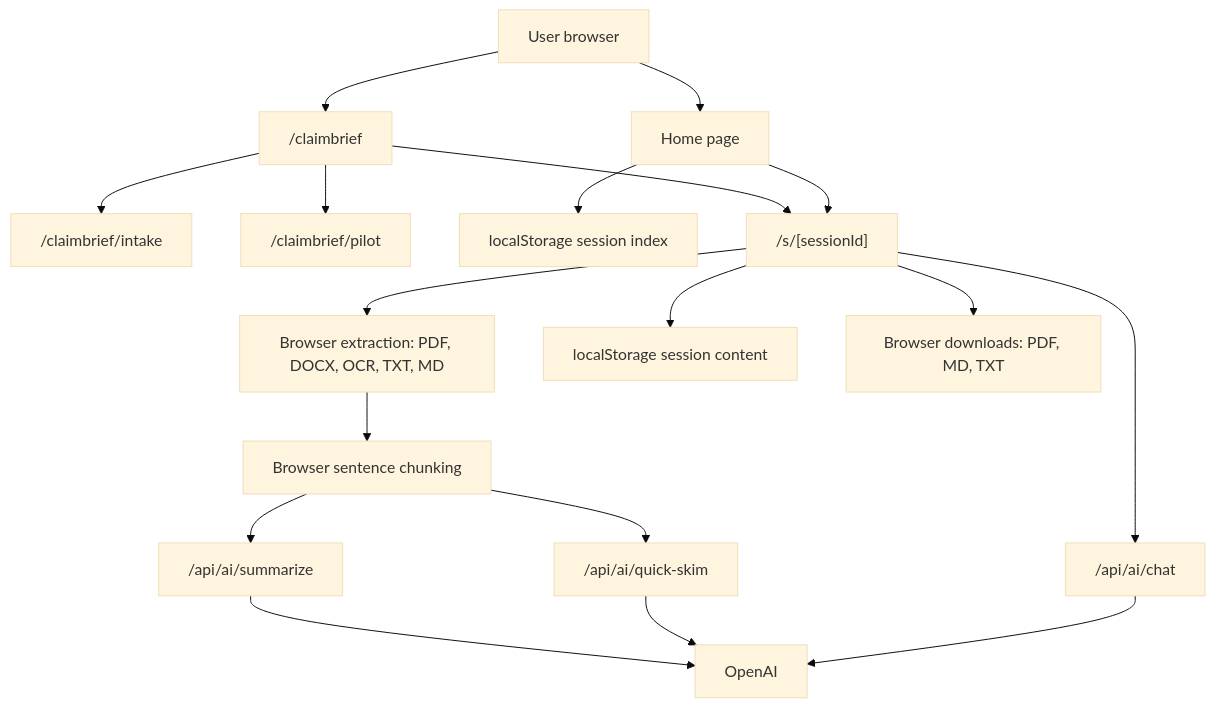
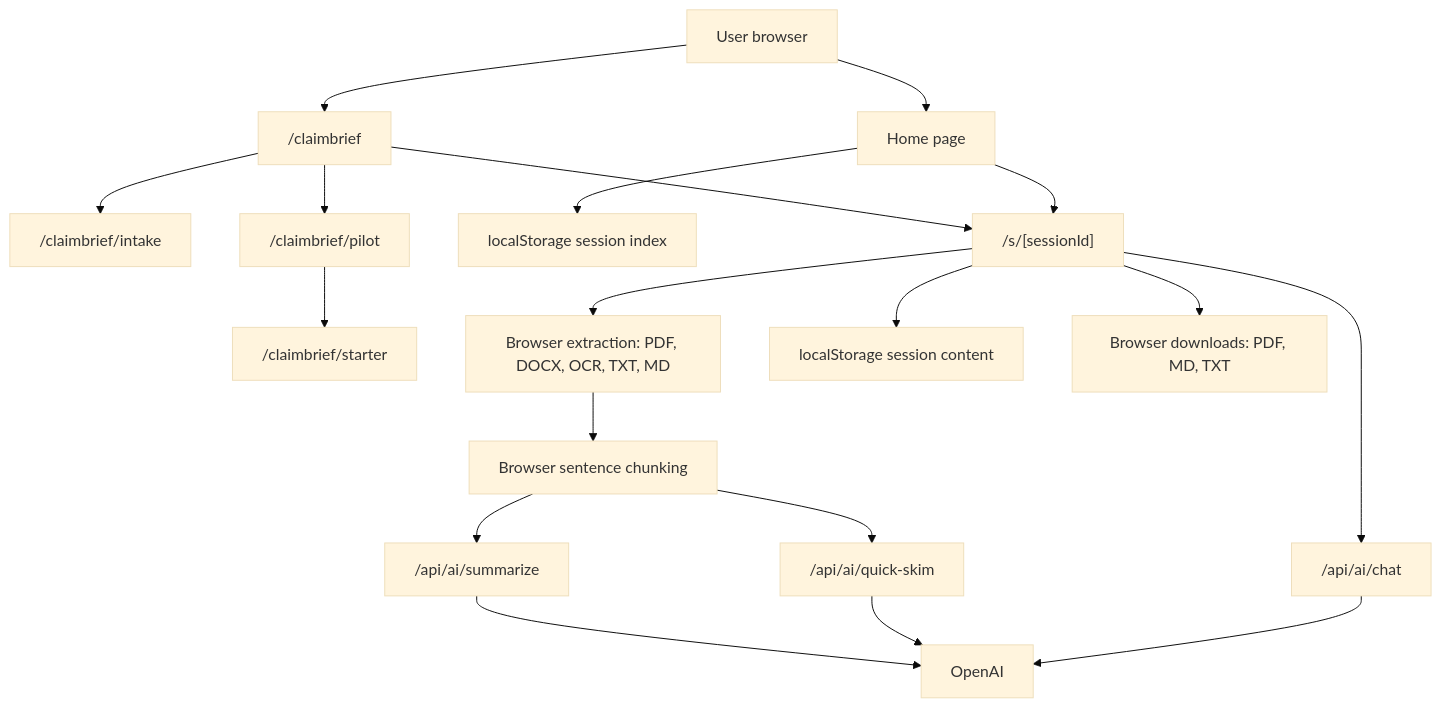
The diagram in docs/ARCHITECTURE.md (sandip-pathe/arin), drawn with Mermaid (base theme) before and after one commit. The commit also changed other lines of this file and 11 other files, not shown here.

````diff
--- a/docs/ARCHITECTURE.md
+++ b/docs/ARCHITECTURE.md
@@ -7,20 +7,21 @@
 ```mermaid
 flowchart TD
   User["User browser"] --> Home["Home page"]
   User --> ClaimBrief["/claimbrief"]
   ClaimBrief --> Intake["/claimbrief/intake"]
   ClaimBrief --> Pilot["/claimbrief/pilot"]
+  Pilot --> Starter["/claimbrief/starter"]
   Home --> LocalIndex["localStorage session index"]
   ClaimBrief --> Session
   Home --> Session["/s/[sessionId]"]
   Session --> Extraction["Browser extraction: PDF, DOCX, OCR, TXT, MD"]
   Extraction --> Chunking["Browser sentence chunking"]
   Chunking --> SummaryApi["/api/ai/summarize"]
   Chunking --> SkimApi["/api/ai/quick-skim"]
   Session --> ChatApi["/api/ai/chat"]
   SummaryApi --> OpenAI["OpenAI"]
   SkimApi --> OpenAI
   ChatApi --> OpenAI
   Session --> LocalContent["localStorage session content"]
   Session --> Exports["Browser downloads: PDF, MD, TXT"]
 ```
````
